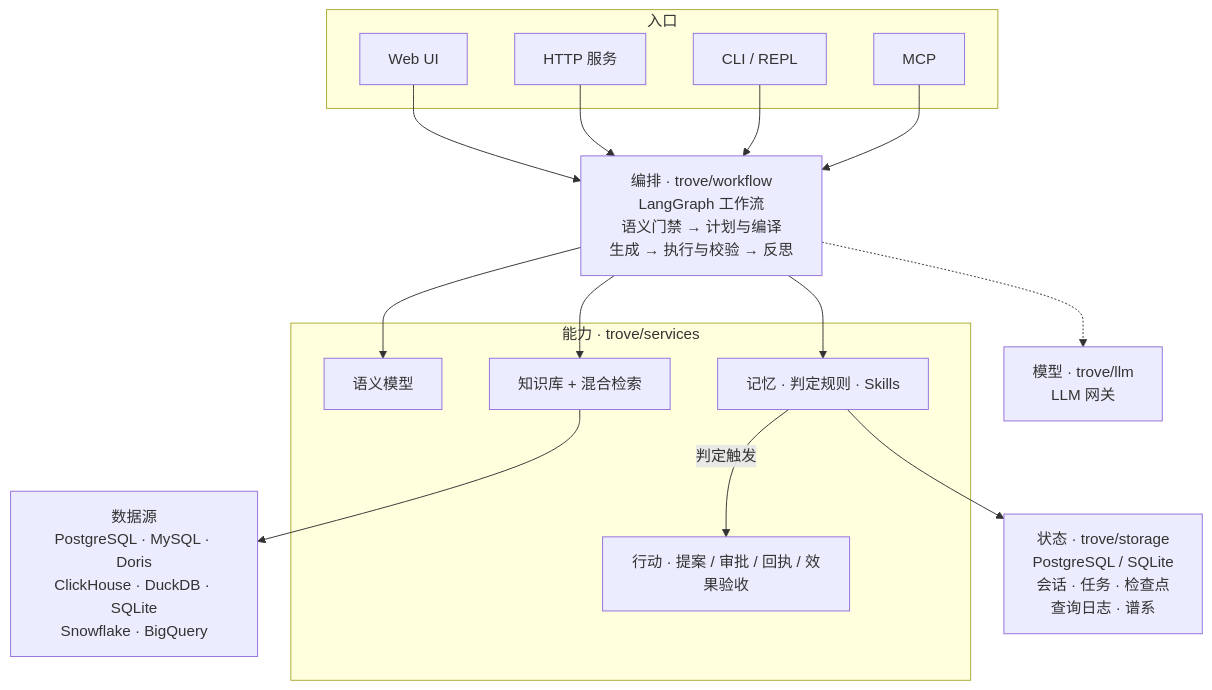
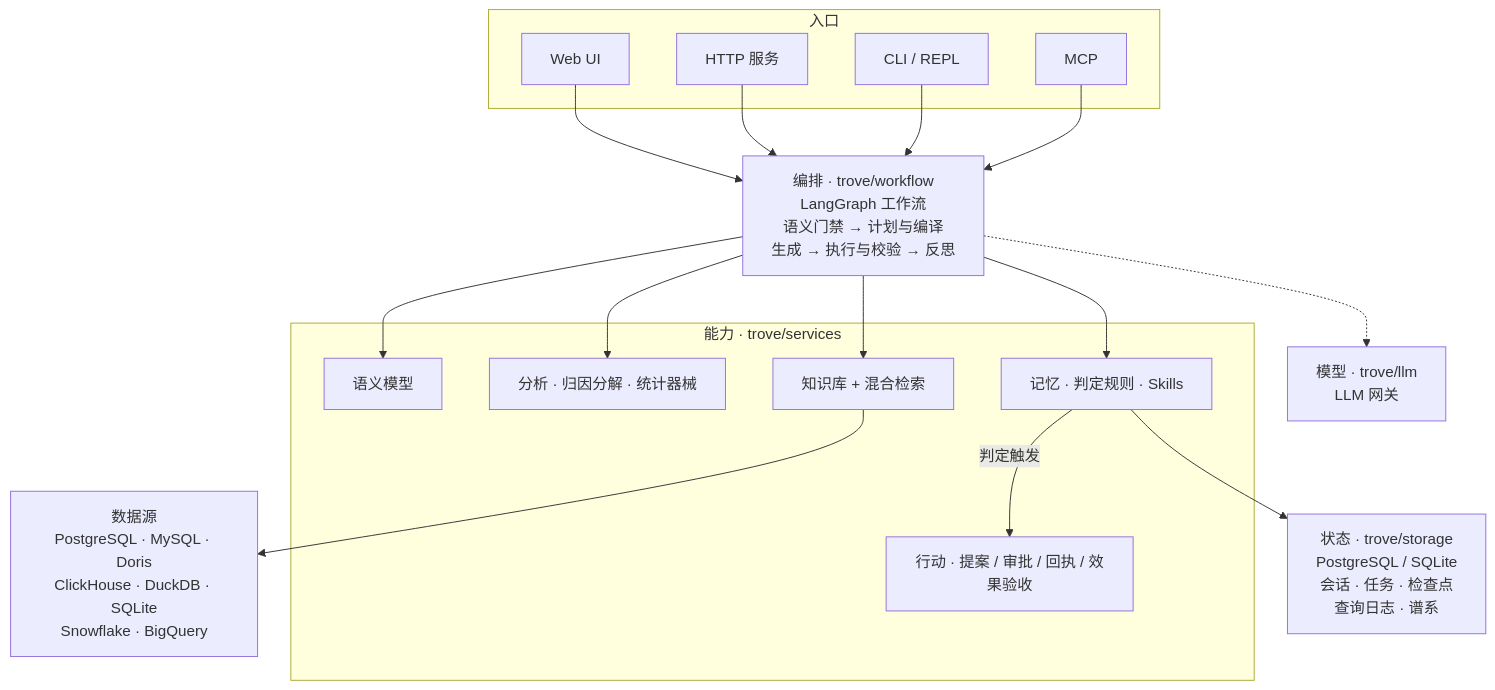
The first of 4 diagrams in README.md (Nivane/trove), drawn with Mermaid before and after one commit. The commit also changed 5 other files, not shown here.

First line of the commit message:
docs(arch): 首页 hero 升级为四段链路图，技术/功能架构图补齐为完整版

````diff
--- a/README.md
+++ b/README.md
@@ -45,34 +45,36 @@
 ```mermaid
 flowchart TB
     subgraph entry["入口"]
         UI["Web UI"]
         SRV["HTTP 服务"]
         CLI["CLI / REPL"]
         MCP["MCP"]
     end
 
     WF["编排 · trove/workflow<br/>LangGraph 工作流<br/>语义门禁 → 计划与编译<br/>生成 → 执行与校验 → 反思"]
 
     subgraph caps["能力 · trove/services"]
         SEM["语义模型"]
+        ANA["分析 · 归因分解 · 统计器械"]
         KB["知识库 + 混合检索"]
         MEM["记忆 · 判定规则 · Skills"]
         ACT["行动 · 提案 / 审批 / 回执 / 效果验收"]
     end
 
     LLM["模型 · trove/llm<br/>LLM 网关"]
     DS["数据源<br/>PostgreSQL · MySQL · Doris<br/>ClickHouse · DuckDB · SQLite<br/>Snowflake · BigQuery"]
     STATE["状态 · trove/storage<br/>PostgreSQL / SQLite<br/>会话 · 任务 · 检查点<br/>查询日志 · 谱系"]
 
     UI --> WF
     SRV --> WF
     CLI --> WF
     MCP --> WF
     WF --> SEM
+    WF --> ANA
     WF --> KB
     WF --> MEM
     MEM -->|"判定触发"| ACT
     WF -.-> LLM
     KB --> DS
     MEM --> STATE
 ```
````
